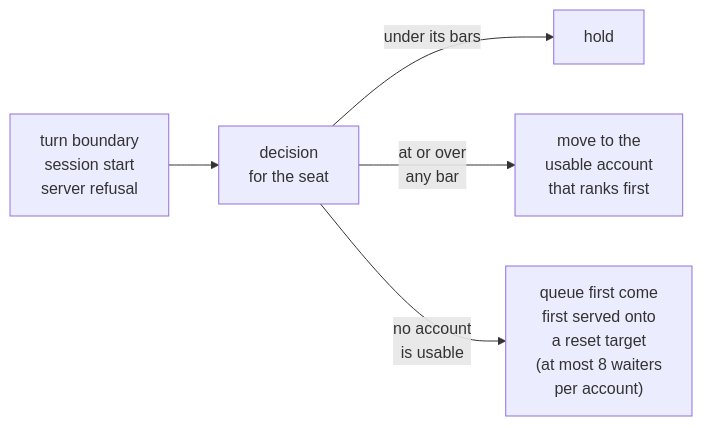
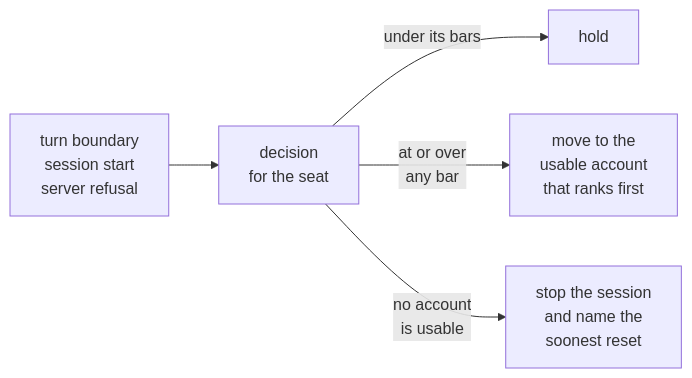
Before and after one commit to anaclumos/tokenmaxxing: the first of 8 diagrams in docs/content/docs/switching.mdx, drawn with Mermaid. The commit also changed other lines of this file and 16 other files, not shown here.

First line of the commit message:
fix: stop a depleted session with a usage-limit result instead of parking it (#428)

````diff
--- a/docs/content/docs/switching.mdx
+++ b/docs/content/docs/switching.mdx
@@ -8,7 +8,7 @@
 ```mermaid
 flowchart LR
   trig["turn boundary<br/>session start<br/>server refusal"] --> seat["decision<br/>for the seat"]
   seat -->|"under its bars"| hold["hold"]
   seat -->|"at or over<br/>any bar"| move["move to the<br/>usable account<br/>that ranks first"]
-  seat -->|"no account<br/>is usable"| wait["queue first come<br/>first served onto<br/>a reset target<br/>(at most 8 waiters<br/>per account)"]
+  seat -->|"no account<br/>is usable"| wait["stop the session<br/>and name the<br/>soonest reset"]
 ```
````
